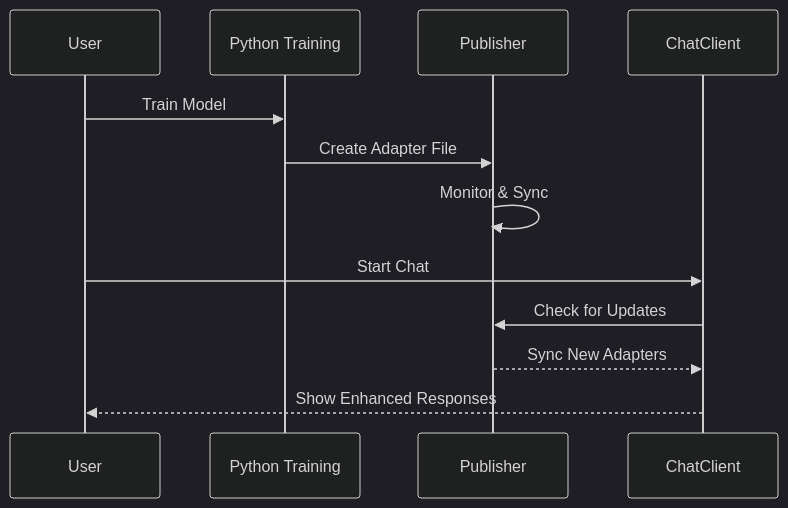
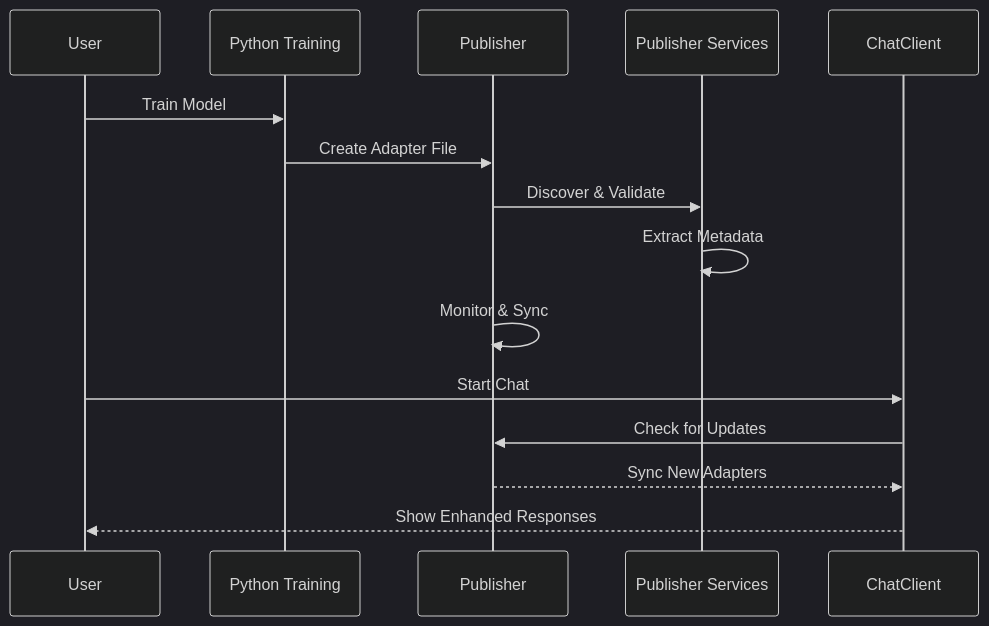
The second of 2 diagrams in README.md (gsinghjay/LLMAdapterClient), drawn with Mermaid (dark theme) before and after one commit. The commit also changed other lines of this file and 1 other file, not shown here.

````diff
--- a/README.md
+++ b/README.md
@@ -141,16 +177,19 @@
 ```mermaid
 sequenceDiagram
     participant User
     participant Training as Python Training
     participant Publisher
+    participant Services as Publisher Services
     participant ChatClient
     
     User->>Training: Train Model
     Training->>Publisher: Create Adapter File
+    Publisher->>Services: Discover & Validate
+    Services->>Services: Extract Metadata
     Publisher->>Publisher: Monitor & Sync
     
     User->>ChatClient: Start Chat
     ChatClient->>Publisher: Check for Updates
     Publisher-->>ChatClient: Sync New Adapters
     ChatClient-->>User: Show Enhanced Responses
 ```
````
